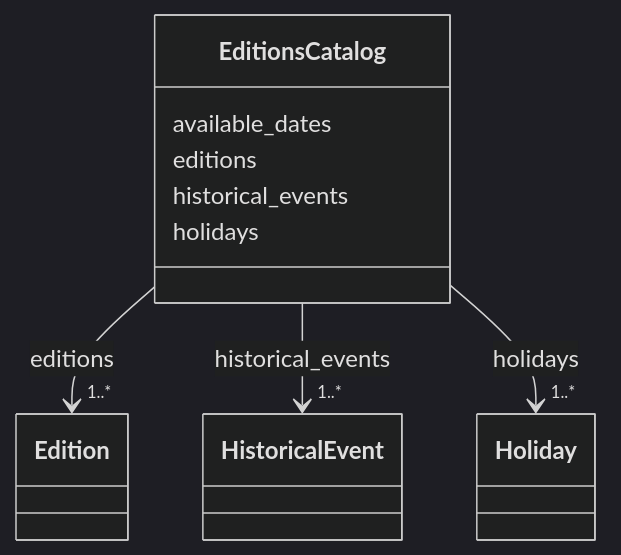
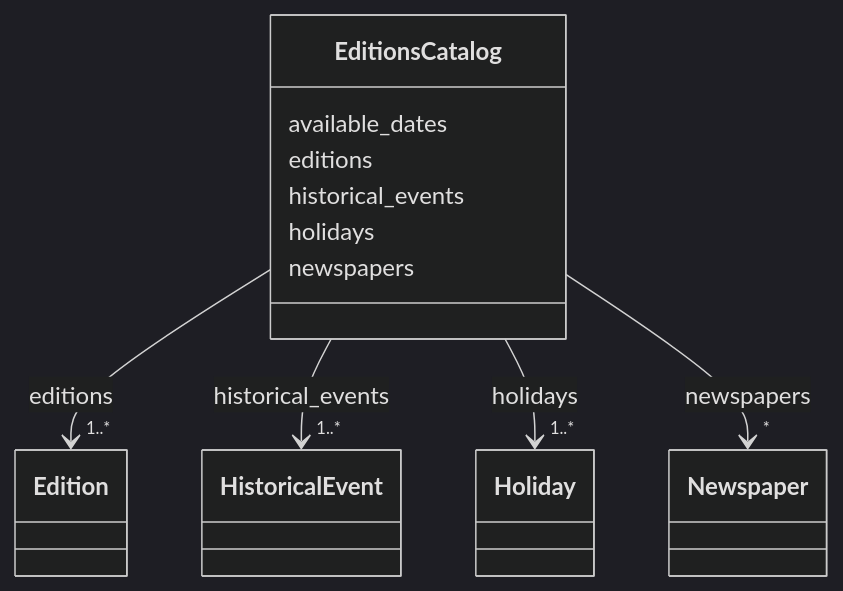
One commit to dsmedia/pruzhany-schema changed the diagram in linkml/generated/docs/editions/EditionsCatalog.md. Above: the diagram before and after it, drawn with Mermaid (dark theme). The commit also changed other lines of this file and 103 other files, not shown here.

````diff
--- a/linkml/generated/docs/editions/EditionsCatalog.md
+++ b/linkml/generated/docs/editions/EditionsCatalog.md
@@ -23,41 +23,52 @@
 ```mermaid
  classDiagram
     class EditionsCatalog
     click EditionsCatalog href "../EditionsCatalog/"
       EditionsCatalog : available_dates
         
       EditionsCatalog : editions
         
           
     
         
         
         EditionsCatalog --> "1..*" Edition : editions
         click Edition href "../Edition/"
     
 
         
       EditionsCatalog : historical_events
         
           
     
         
         
         EditionsCatalog --> "1..*" HistoricalEvent : historical_events
         click HistoricalEvent href "../HistoricalEvent/"
     
 
         
       EditionsCatalog : holidays
         
           
     
         
         
         EditionsCatalog --> "1..*" Holiday : holidays
         click Holiday href "../Holiday/"
     
 
         
+      EditionsCatalog : newspapers
+        
+          
+    
+        
+        
+        EditionsCatalog --> "*" Newspaper : newspapers
+        click Newspaper href "../Newspaper/"
+    
+
+        
       
 ```
````
